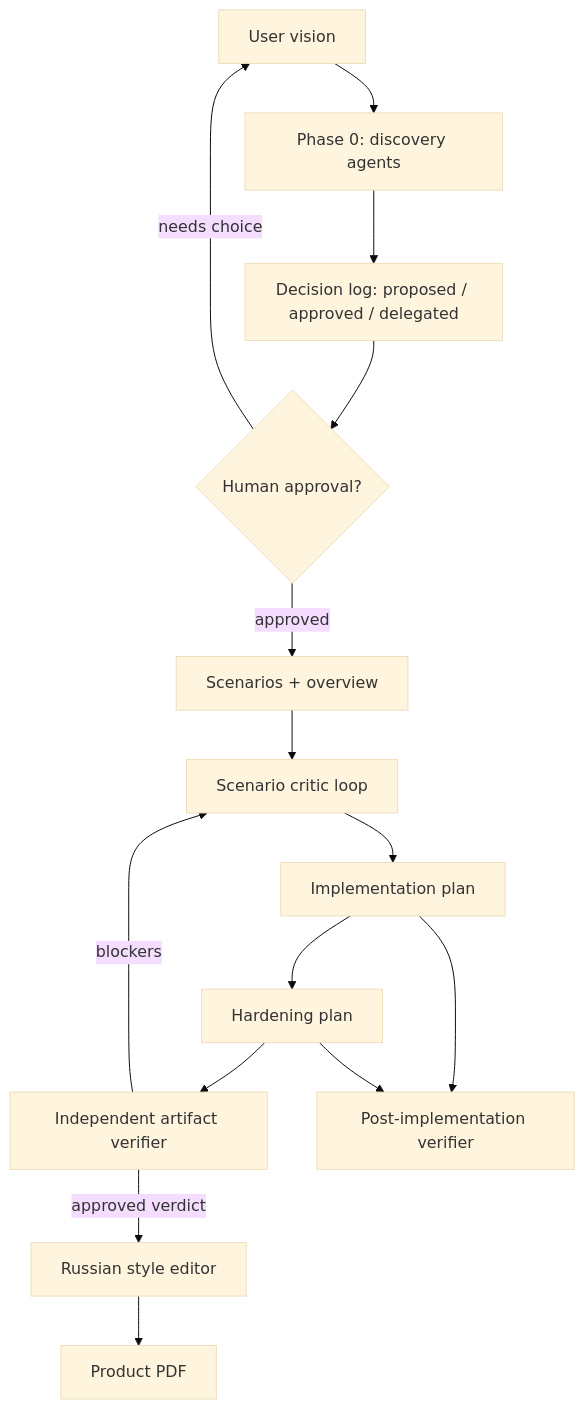
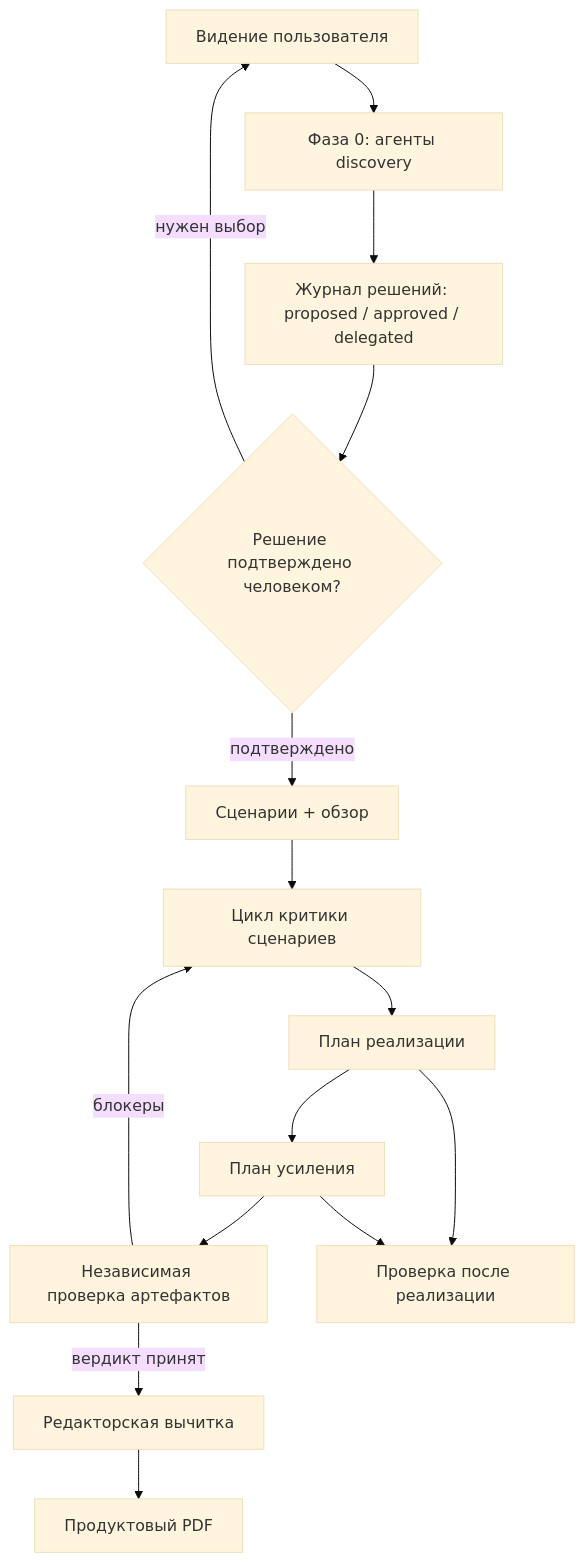
One commit to ehlyzov/skills changed the first of 2 diagrams in README.md. Above: the diagram before and after it, drawn with Mermaid (base theme). The commit also changed other lines of this file and 16 other files, not shown here.

````diff
--- a/README.md
+++ b/README.md
@@ -19,17 +21,17 @@
 ```mermaid
 flowchart TD
-    U["User vision"] --> D["Phase 0: discovery agents"]
-    D --> DL["Decision log: proposed / approved / delegated"]
-    DL --> H{"Human approval?"}
-    H -->|approved| S["Scenarios + overview"]
-    H -->|needs choice| U
-    S --> C["Scenario critic loop"]
-    C --> P["Implementation plan"]
-    P --> HP["Hardening plan"]
-    HP --> V["Independent artifact verifier"]
-    V -->|blockers| C
-    V -->|approved verdict| E["Russian style editor"]
-    E --> PDF["Product PDF"]
-    P --> IV["Post-implementation verifier"]
+    U["Видение пользователя"] --> D["Фаза 0: агенты discovery"]
+    D --> DL["Журнал решений: proposed / approved / delegated"]
+    DL --> H{"Решение подтверждено человеком?"}
+    H -->|подтверждено| S["Сценарии + обзор"]
+    H -->|нужен выбор| U
+    S --> C["Цикл критики сценариев"]
+    C --> P["План реализации"]
+    P --> HP["План усиления"]
+    HP --> V["Независимая проверка артефактов"]
+    V -->|блокеры| C
+    V -->|вердикт принят| E["Редакторская вычитка"]
+    E --> PDF["Продуктовый PDF"]
+    P --> IV["Проверка после реализации"]
     HP --> IV
 ```
````
